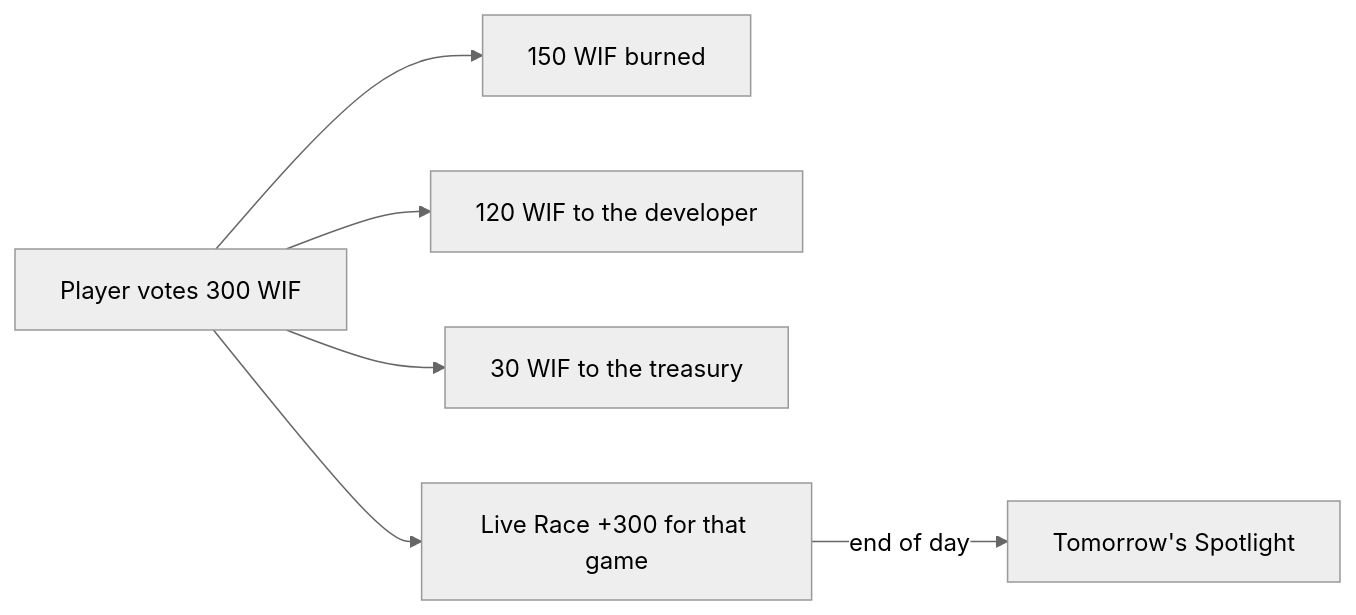
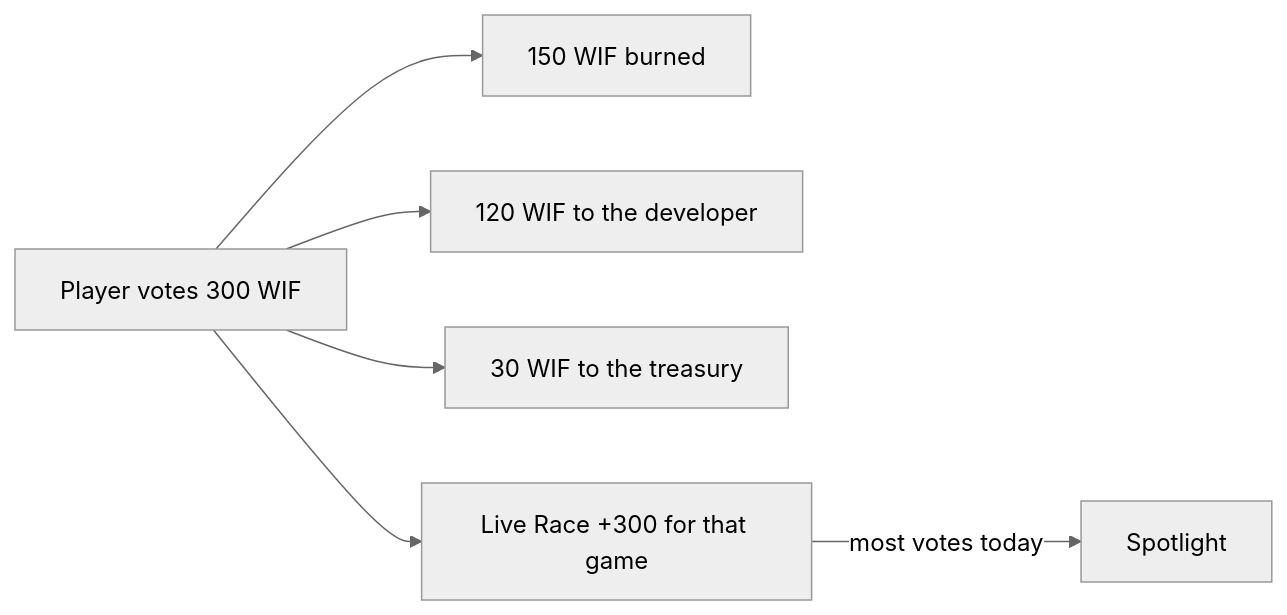
The first of 2 diagrams in README.md (franklin238/playchain-console), drawn with Mermaid (neutral theme) before and after one commit. The commit also changed other lines of this file and 6 other files, not shown here.

First line of the commit message:
Spotlight: today's most-voted game holds it

````diff
--- a/README.md
+++ b/README.md
@@ -79,8 +79,8 @@
 ```mermaid
 flowchart LR
   V[Player votes 300 WIF] --> B[150 WIF burned]
   V --> D[120 WIF to the developer]
   V --> T[30 WIF to the treasury]
   V --> L[Live Race +300 for that game]
-  L -->|end of day| S[Tomorrow's Spotlight]
+  L -->|most votes today| S[Spotlight]
 ```
````
